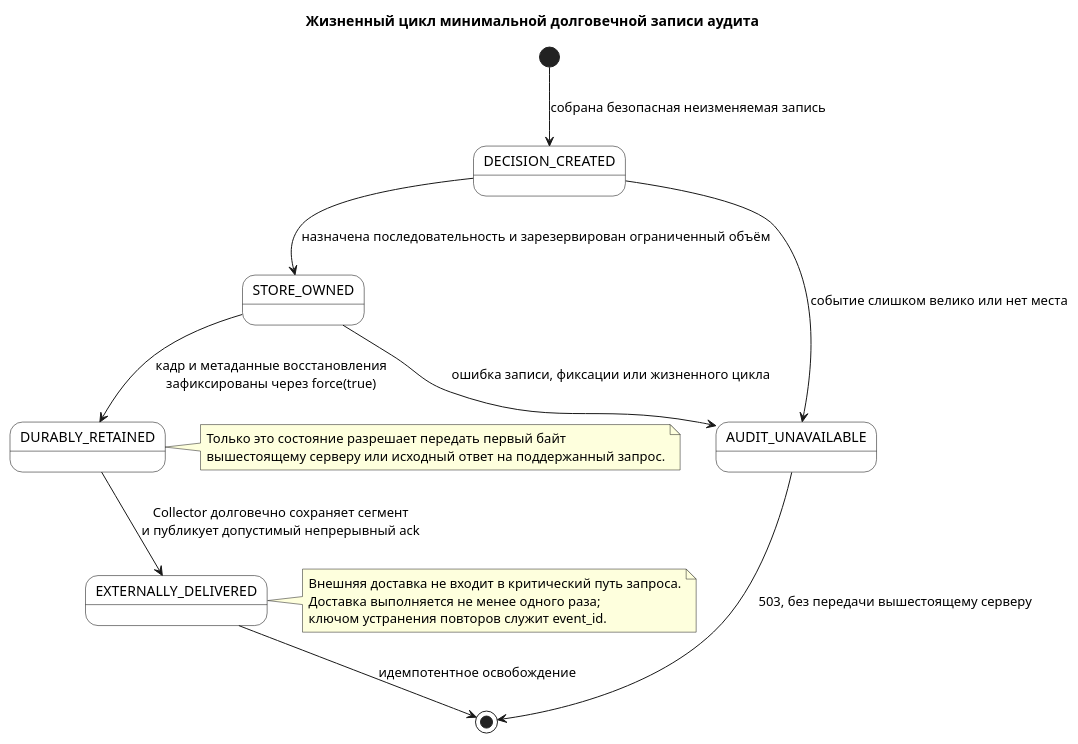
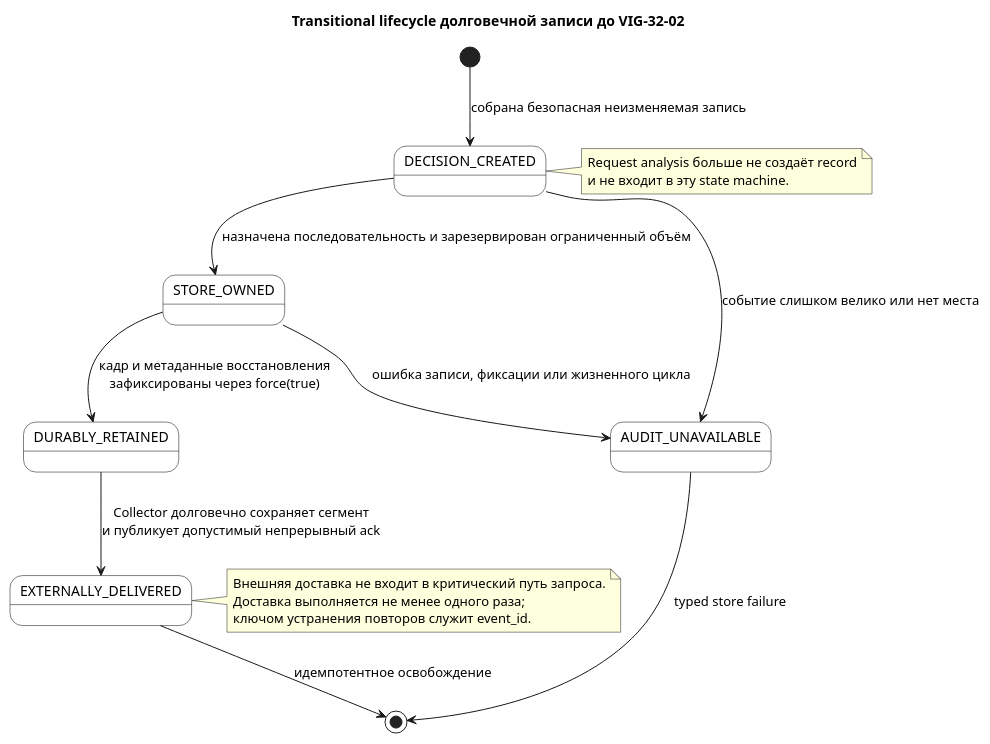
The diagram in docs/diagrams/audit-lifecycle-state.puml (finnetrolle/vigilant), drawn with PlantUML before and after one commit. The commit also changed 32 other files, not shown here.

First line of the commit message:
feat(audit): migrate request events to stdout

```diff
--- a/docs/diagrams/audit-lifecycle-state.puml
+++ b/docs/diagrams/audit-lifecycle-state.puml
@@ -1,28 +1,28 @@
 @startuml
-title Жизненный цикл минимальной долговечной записи аудита
+title Transitional lifecycle долговечной записи до VIG-32-02
 skinparam state {
   BackgroundColor White
   BorderColor Black
 }
 
 [*] --> DECISION_CREATED : собрана безопасная неизменяемая запись
 DECISION_CREATED --> STORE_OWNED : назначена последовательность и зарезервирован ограниченный объём
 STORE_OWNED --> DURABLY_RETAINED : кадр и метаданные восстановления\nзафиксированы через force(true)
 DURABLY_RETAINED --> EXTERNALLY_DELIVERED : Collector долговечно сохраняет сегмент\nи публикует допустимый непрерывный ack
 EXTERNALLY_DELIVERED --> [*] : идемпотентное освобождение
 
 DECISION_CREATED --> AUDIT_UNAVAILABLE : событие слишком велико или нет места
 STORE_OWNED --> AUDIT_UNAVAILABLE : ошибка записи, фиксации или жизненного цикла
-AUDIT_UNAVAILABLE --> [*] : 503, без передачи вышестоящему серверу
+AUDIT_UNAVAILABLE --> [*] : typed store failure
 
-note right of DURABLY_RETAINED
-Только это состояние разрешает передать первый байт
-вышестоящему серверу или исходный ответ на поддержанный запрос.
+note right of DECISION_CREATED
+Request analysis больше не создаёт record
+и не входит в эту state machine.
 end note
 
 note right of EXTERNALLY_DELIVERED
 Внешняя доставка не входит в критический путь запроса.
 Доставка выполняется не менее одного раза;
 ключом устранения повторов служит event_id.
 end note
 @enduml
```
